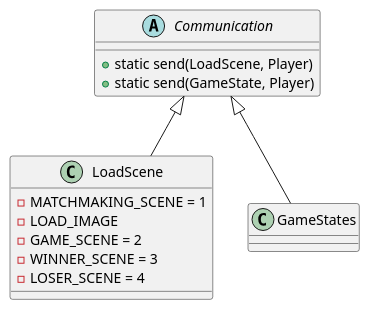
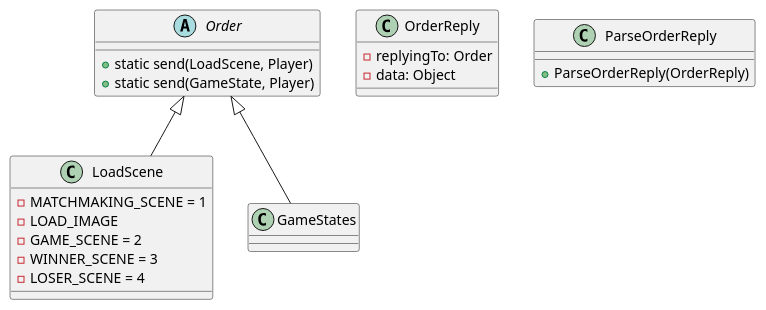
Before and after one commit to yashdwivedi/mavenproject1: the diagram in Flowcharts/Resources/CommonClasses.pu, drawn with PlantUML.

Commit message:
update common classes to add `Order` design

```diff
--- a/Flowcharts/Resources/CommonClasses.pu
+++ b/Flowcharts/Resources/CommonClasses.pu
@@ -1,20 +1,27 @@
 @startuml
 
-abstract class Communication{
+abstract class Order{
     + static send(LoadScene, Player)
     + static send(GameState, Player)
+}
+class OrderReply {
+    - replyingTo: Order
+    - data: Object
+}
+class ParseOrderReply{
+    + ParseOrderReply(OrderReply)
 }
 class LoadScene{
     - MATCHMAKING_SCENE = 1
     - LOAD_IMAGE
     - GAME_SCENE = 2
     - WINNER_SCENE = 3
     - LOSER_SCENE = 4
     ' TODO: Decide this part in Room
 }
 
-Communication <|-- LoadScene
-Communication <|-- GameStates
+Order <|-- LoadScene
+Order <|-- GameStates
 
 
 @enduml
```
